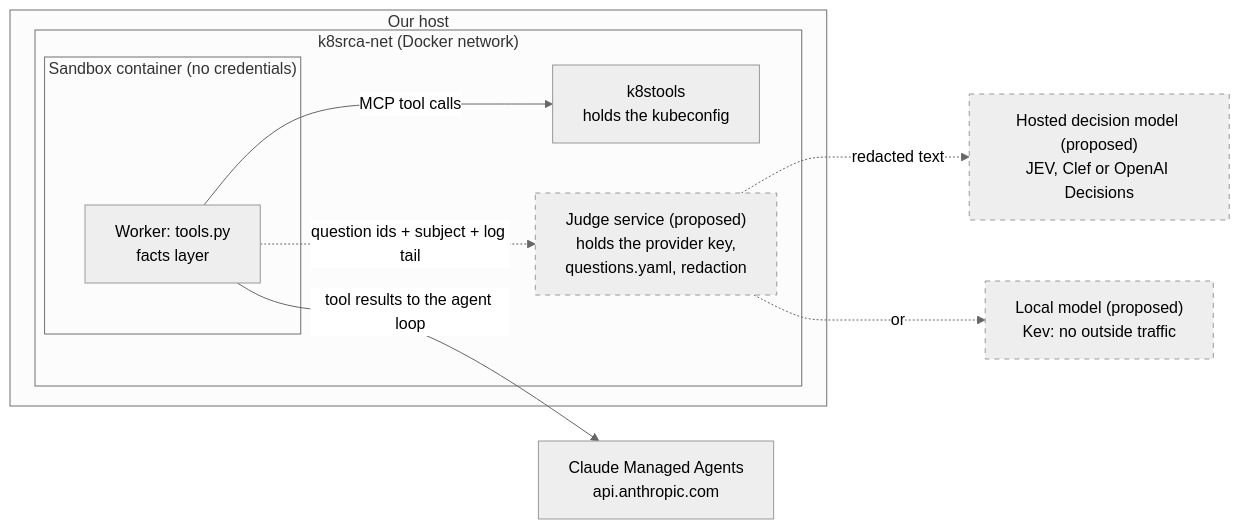
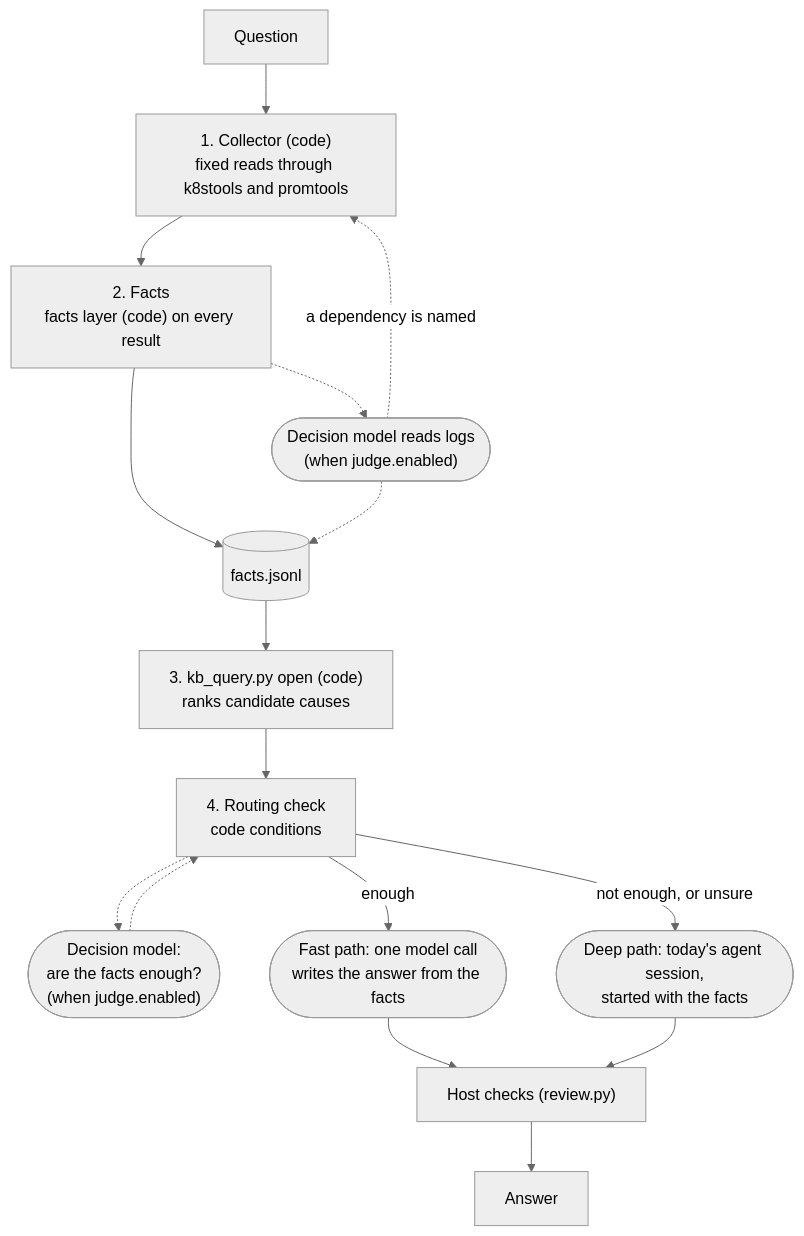
One commit to BenedatLLC/k8srca changed the second of 2 diagrams in designs/011-decision-models.md. Above: the diagram before and after it, drawn with Mermaid (neutral theme). The commit also changed other lines of this file and 9 other files, not shown here.

````diff
--- a/designs/011-decision-models.md
+++ b/designs/011-decision-models.md
@@ -282,21 +207,25 @@
 ```mermaid
-flowchart LR
-  subgraph host["Our host"]
-    subgraph net["k8srca-net (Docker network)"]
-      subgraph sb["Sandbox container (no credentials)"]
-        W["Worker: tools.py<br/>facts layer"]
-      end
-      K["k8stools<br/>holds the kubeconfig"]
-      J["Judge service (proposed)<br/>holds the provider key,<br/>questions.yaml, redaction"]:::planned
-    end
-  end
-  A["Claude Managed Agents<br/>api.anthropic.com"]
-  P["Hosted decision model (proposed)<br/>JEV, Clef or OpenAI Decisions"]:::planned
-  L["Local model (proposed)<br/>Kev: no outside traffic"]:::planned
-  W -- "MCP tool calls" --> K
-  W -- "tool results to the agent loop" --> A
-  W -. "question ids + subject + log tail" .-> J
-  J -. "redacted text" .-> P
-  J -. "or" .-> L
-  classDef planned stroke-dasharray: 5 5
+flowchart TD
+  Q["Question"]
+  COL["1. Collector (code)<br/>fixed reads through k8stools and promtools"]
+  EXT["2. Facts<br/>facts layer (code) on every result"]
+  JX(["Decision model reads logs<br/>(when judge.enabled)"])
+  FL[("facts.jsonl")]
+  OPEN["3. kb_query.py open (code)<br/>ranks candidate causes"]
+  RC["4. Routing check<br/>code conditions"]
+  JR(["Decision model:<br/>are the facts enough?<br/>(when judge.enabled)"])
+  FAST(["Fast path: one model call<br/>writes the answer from the facts"])
+  DEEP(["Deep path: today's agent session,<br/>started with the facts"])
+  CHK["Host checks (review.py)"]
+  S["Answer"]
+  Q --> COL --> EXT --> FL
+  EXT -.-> JX -.-> FL
+  JX -. "a dependency is named" .-> COL
+  FL --> OPEN --> RC
+  RC -.-> JR -.-> RC
+  RC -- "enough" --> FAST
+  RC -- "not enough, or unsure" --> DEEP
+  FAST --> CHK
+  DEEP --> CHK
+  CHK --> S
 ```
````
